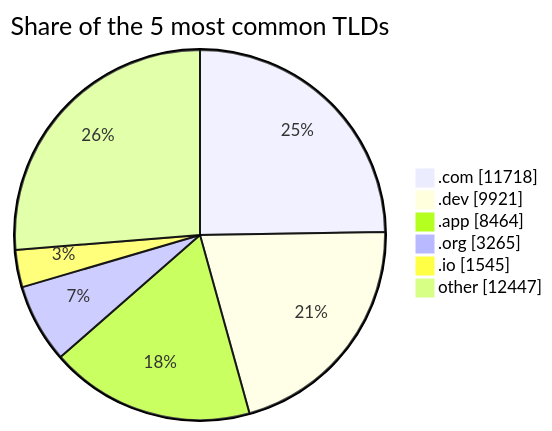
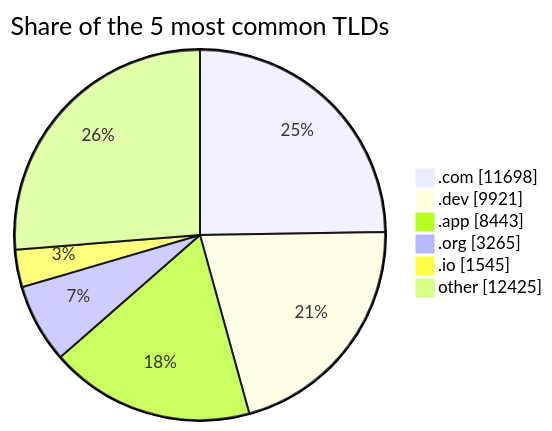
The third of 3 diagrams in README.md (DNSBunker/CTI), drawn with Mermaid before and after one commit. The commit also changed other lines of this file and 3 other files, not shown here.

````diff
--- a/README.md
+++ b/README.md
@@ -81,9 +81,9 @@
 ```mermaid
 pie showData title Share of the 5 most common TLDs
-    ".com" : 11718
+    ".com" : 11698
     ".dev" : 9921
-    ".app" : 8464
+    ".app" : 8443
     ".org" : 3265
     ".io" : 1545
-    "other" : 12447
+    "other" : 12425
 ```
````
